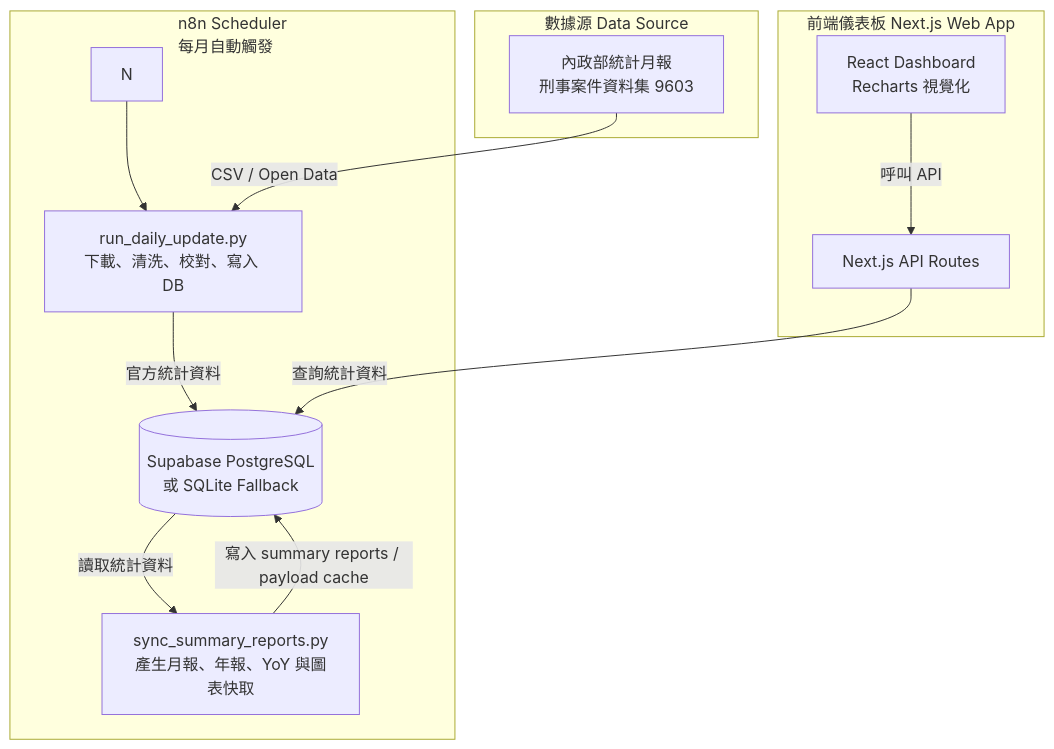
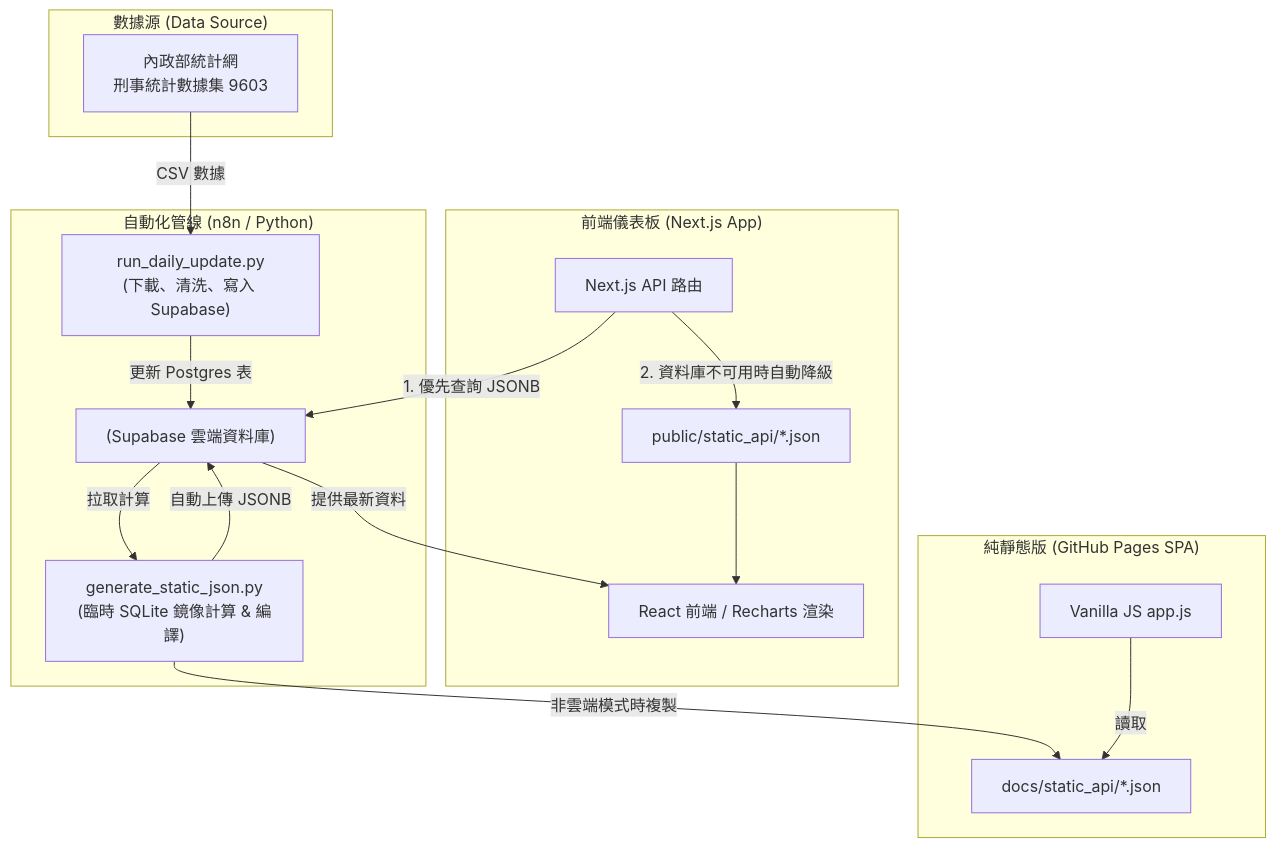
One commit to dec591nyc/PSJJV changed the diagram in README.md. Above: the diagram before and after it, drawn with Mermaid.

````diff
--- a/README.md
+++ b/README.md
@@ -40,24 +40,27 @@
 ```mermaid
 flowchart TD
-    subgraph "數據源 Data Source"
-        A[內政部統計月報<br/>刑事案件資料集 9603]
+    subgraph "數據源 (Data Source)"
+        A[內政部統計網\n刑事統計數據集 9603]
     end
 
-    subgraph "自動化資料處理 n8n / Python ETL" N[n8n Scheduler<br/>每月自動觸發]
-        B[run_daily_update.py<br/>下載、清洗、校對、寫入 DB]
-        C[sync_summary_reports.py<br/>產生月報、年報、YoY 與圖表快取]
-        D[(Supabase PostgreSQL<br/>或 SQLite Fallback)]
-        N --> B
-        A -->|CSV / Open Data| B
-        B -->|官方統計資料| D
-        D -->|讀取統計資料| C
-        C -->|寫入 summary reports / payload cache| D
+    subgraph "自動化管線 (n8n / Python)"
+        B["run_daily_update.py\n(下載、清洗、寫入 Supabase)"]
+        C["generate_static_json.py\n(臨時 SQLite 鏡像計算 & 編譯)"]
+        A -->|CSV 數據| B
+        B -->|更新 Postgres 表| D["(Supabase 雲端資料庫)"]
+        D -->|拉取計算| C
+        C -->|自動上傳 JSONB| D
+    end
+	
+   subgraph "前端儀表板 (Next.js App)"
+        F[Next.js API 路由] -->|1. 優先查詢 JSONB| D
+        F -->|2. 資料庫不可用時自動降級| G[public/static_api/*.json]
+        G --> H[React 前端 / Recharts 渲染]
+        D -->|提供最新資料| H
     end
 
-    subgraph "前端儀表板 Next.js Web App"
-        F[Next.js API Routes]
-        H[React Dashboard<br/>Recharts 視覺化]
-        F -->|查詢統計資料| D
-        H -->|呼叫 API| F
+    subgraph "純靜態版 (GitHub Pages SPA)"
+        C -->|非雲端模式時複製| I[docs/static_api/*.json]
+        J[Vanilla JS app.js] -->|讀取| I
     end
 ```
````
